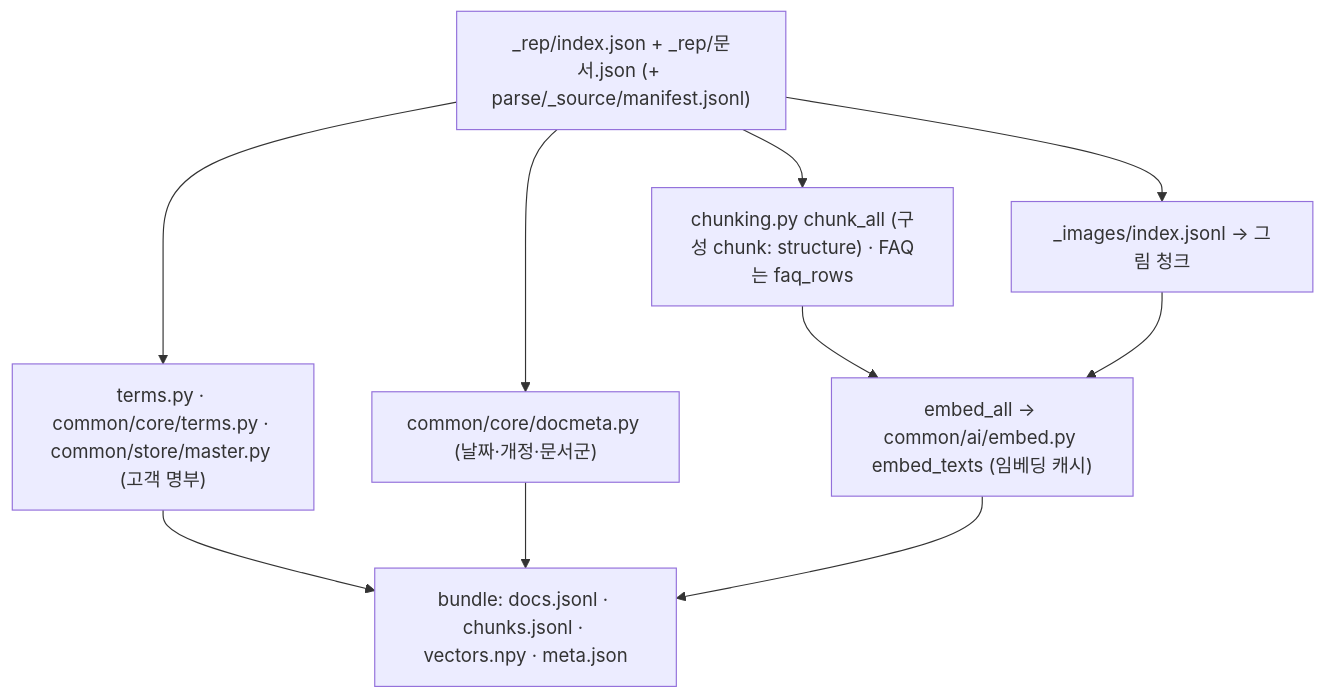
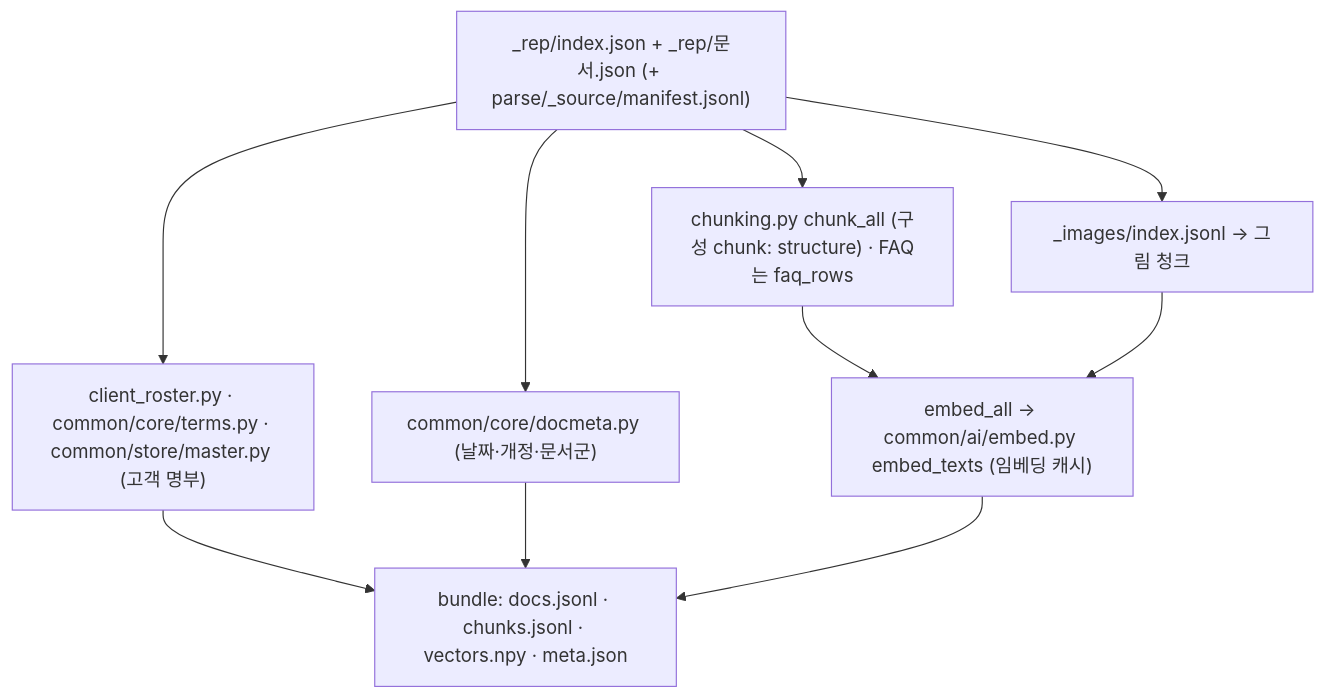
One commit to gigasamba/sbl_data_parsing changed the seventh of 11 diagrams in docs/architecture/parse_flow.md. Above: the diagram before and after it, drawn with Mermaid. The commit also changed other lines of this file and 5 other files, not shown here.

````diff
--- a/docs/architecture/parse_flow.md
+++ b/docs/architecture/parse_flow.md
@@ -245,15 +245,15 @@
 ```mermaid
 flowchart TD
     I["_rep/index.json + _rep/문서.json (+ parse/_source/manifest.jsonl)"]
     C["chunking.py chunk_all (구성 chunk: structure) · FAQ는 faq_rows"]
     F["_images/index.jsonl → 그림 청크"]
-    T["terms.py · common/core/terms.py · common/store/master.py (고객 명부)"]
+    T["client_roster.py · common/core/terms.py · common/store/master.py (고객 명부)"]
     D["common/core/docmeta.py (날짜·개정·문서군)"]
     E["embed_all → common/ai/embed.py embed_texts (임베딩 캐시)"]
     O["bundle: docs.jsonl · chunks.jsonl · vectors.npy · meta.json"]
     I --> C --> E
     I --> F --> E
     I --> T --> O
     I --> D --> O
     E --> O
 ```
````
